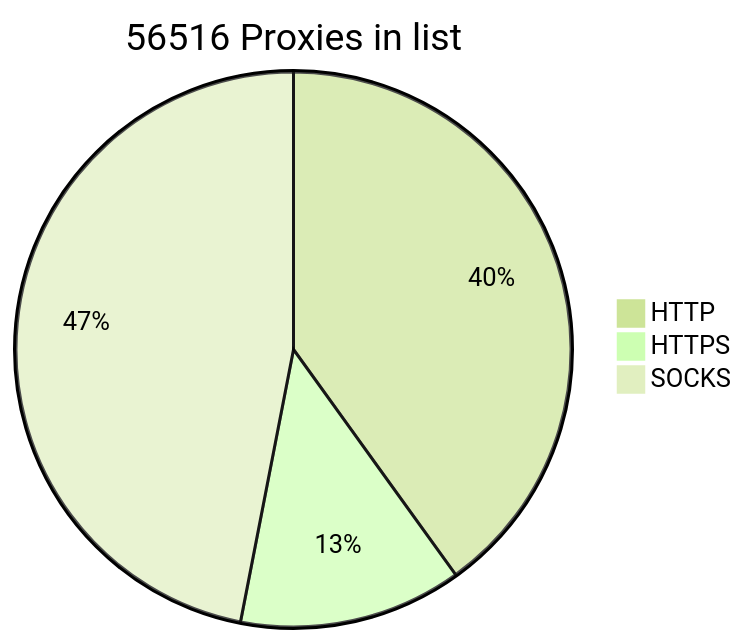
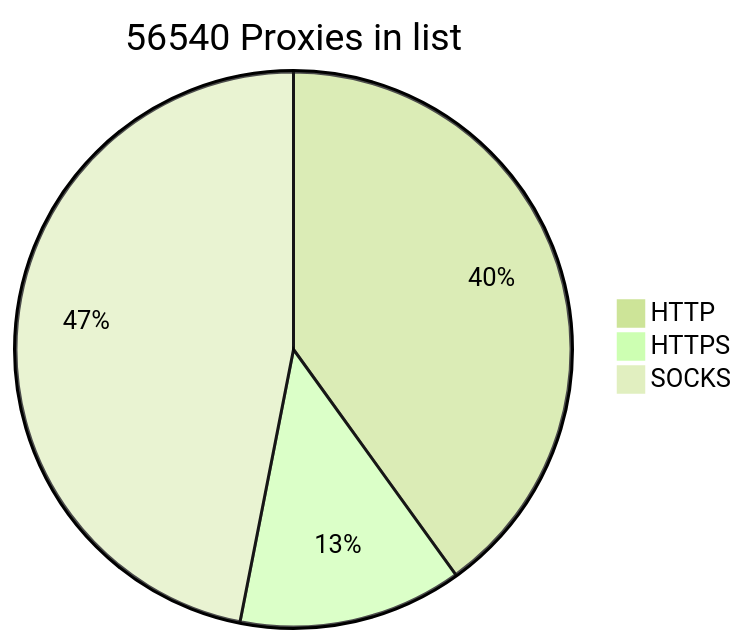
Before and after one commit to BlackSnowDot/proxylist-update-every-minute: the diagram in README.md, drawn with Mermaid (forest theme).

````diff
--- a/README.md
+++ b/README.md
@@ -2,6 +2,6 @@
 ```mermaid
-pie title 56516 Proxies in list
-    "HTTP" : 25436
-    "HTTPS": 8245
-    "SOCKS" : 29797
+pie title 56540 Proxies in list
+    "HTTP" : 25448
+    "HTTPS": 8272
+    "SOCKS" : 29799
 ```
````
